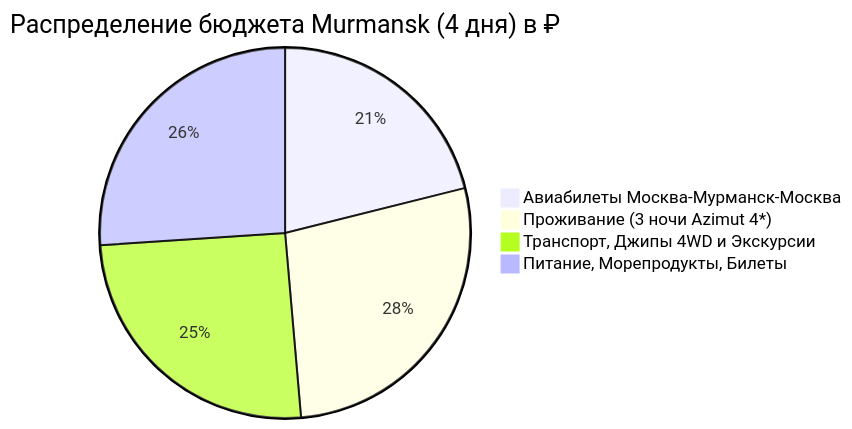
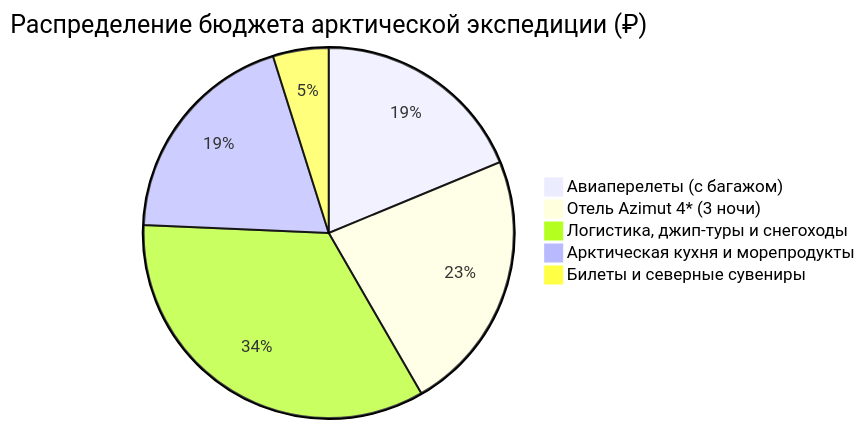
One commit to injurka/obsidian-mark changed the diagram in Personal Note/Travel/-- Murmansk/04 - Финансы/Финансы (Murmansk).md. Above: the diagram before and after it, drawn with Mermaid. The commit also changed other lines of this file and 1014 other files, not shown here.

````diff
--- a/Personal Note/Travel/-- Murmansk/04 - Финансы/Финансы (Murmansk).md
+++ b/Personal Note/Travel/-- Murmansk/04 - Финансы/Финансы (Murmansk).md
@@ -9,7 +10,8 @@
 ```mermaid
-pie title Распределение бюджета Murmansk (4 дня) в ₽
-    "Авиабилеты Москва-Мурманск-Москва" : 11500
-    "Проживание (3 ночи Azimut 4*)" : 15000
-    "Транспорт, Джипы 4WD и Экскурсии" : 13800
-    "Питание, Морепродукты, Билеты" : 14200
+pie title Распределение бюджета арктической экспедиции (₽)
+    "Авиаперелеты (с багажом)" : 13500
+    "Отель Azimut 4* (3 ночи)" : 16500
+    "Логистика, джип-туры и снегоходы" : 24500
+    "Арктическая кухня и морепродукты" : 14000
+    "Билеты и северные сувениры" : 3500
 ```
````
